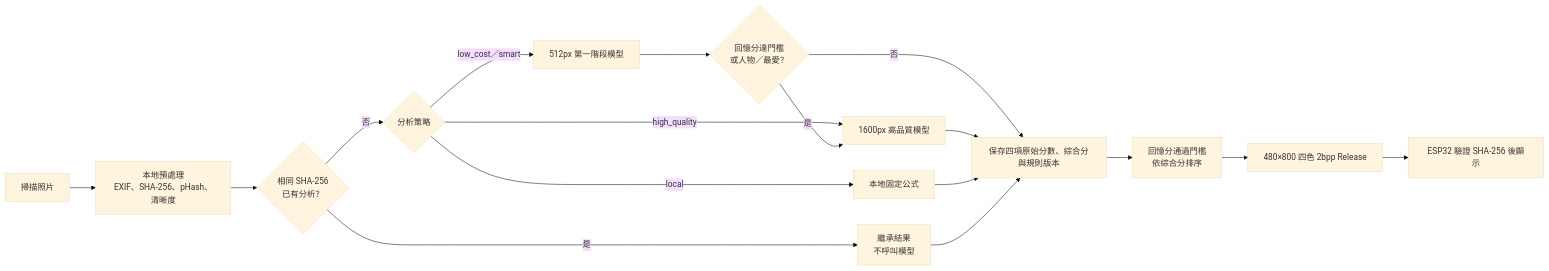
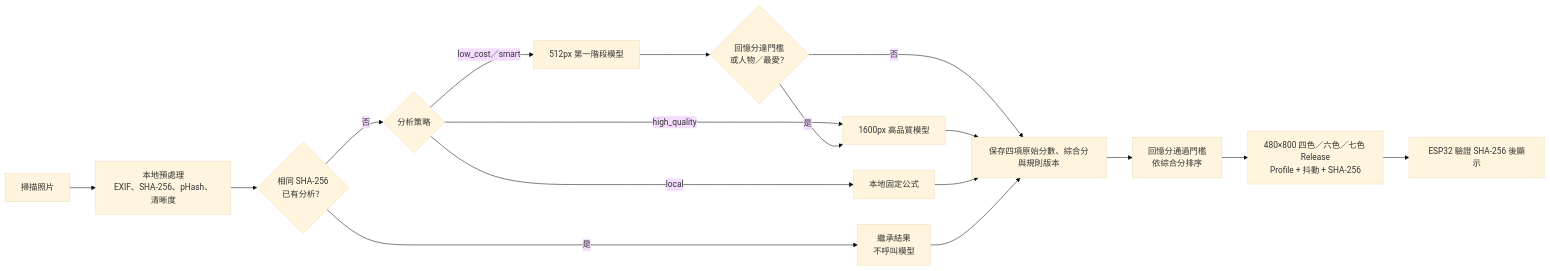
Before and after one commit to steven87090799/InkTime: the second of 3 diagrams in docs/ARCHITECTURE_ZH_TW.md, drawn with Mermaid (base theme). The commit also changed 62 other files, not shown here.

````diff
--- a/docs/ARCHITECTURE_ZH_TW.md
+++ b/docs/ARCHITECTURE_ZH_TW.md
@@ -67,18 +67,18 @@
 ```mermaid
 flowchart LR
     SCAN["掃描照片"] --> LOCAL["本地預處理<br/>EXIF、SHA-256、pHash、清晰度"]
     LOCAL --> DUP{"相同 SHA-256<br/>已有分析？"}
     DUP -->|"是"| INHERIT["繼承結果<br/>不呼叫模型"]
     DUP -->|"否"| STRATEGY{"分析策略"}
     STRATEGY -->|"local"| LOCAL_SCORE["本地固定公式"]
     STRATEGY -->|"low_cost／smart"| STAGE1["512px 第一階段模型"]
     STRATEGY -->|"high_quality"| STAGE2["1600px 高品質模型"]
     STAGE1 --> GATE{"回憶分達門檻<br/>或人物／最愛？"}
     GATE -->|"是"| STAGE2
     GATE -->|"否"| SAVE["保存四項原始分數、綜合分與規則版本"]
     STAGE2 --> SAVE
     LOCAL_SCORE --> SAVE
     INHERIT --> SAVE
-    SAVE --> PICK["回憶分通過門檻<br/>依綜合分排序"] --> RELEASE["480×800 四色 2bpp Release"]
+    SAVE --> PICK["回憶分通過門檻<br/>依綜合分排序"] --> RELEASE["480×800 四色／六色／七色 Release<br/>Profile + 抖動 + SHA-256"]
     RELEASE --> DEVICE["ESP32 驗證 SHA-256 後顯示"]
 ```
````
